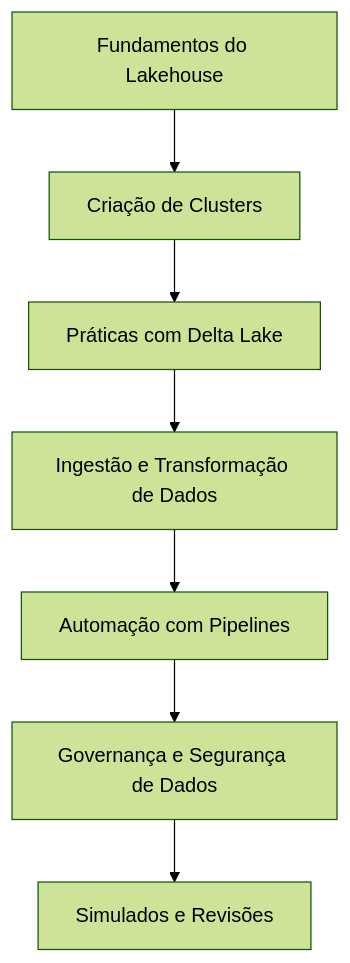
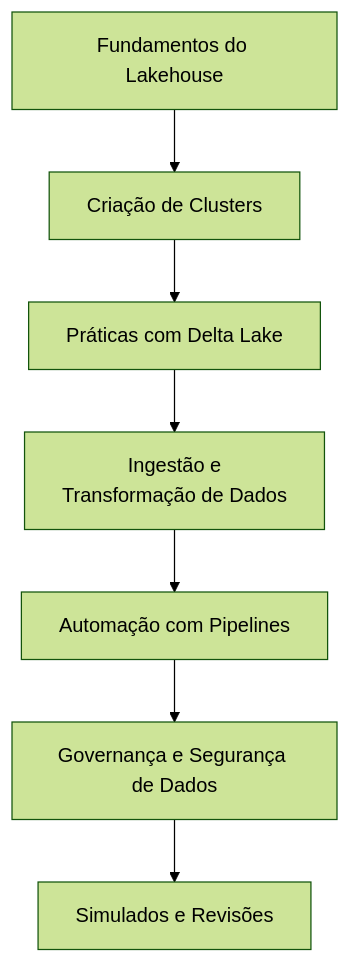
One commit to AprenderDados/quero_aprender_dados changed the diagram in Aprendendo_Databricks/roadmap_certificacao_databricks.md. Above: the diagram before and after it, drawn with Mermaid (forest theme). The commit also changed other lines of this file, not shown here.

Commit message:
small changes

````diff
--- a/Aprendendo_Databricks/roadmap_certificacao_databricks.md
+++ b/Aprendendo_Databricks/roadmap_certificacao_databricks.md
@@ -108,10 +106,11 @@
 ```mermaid
 graph TD;
     A[Fundamentos do Lakehouse] --> B[Criação de Clusters];
     B --> C[Práticas com Delta Lake];
-    C --> D[Ingestão e Transformação de Dados];
+    C --> D[Ingestão e 
+    Transformação de Dados];
     D --> E[Automação com Pipelines];
     E --> F[Governança e Segurança de Dados];
     F --> G[Simulados e Revisões]
     
 ```
````
